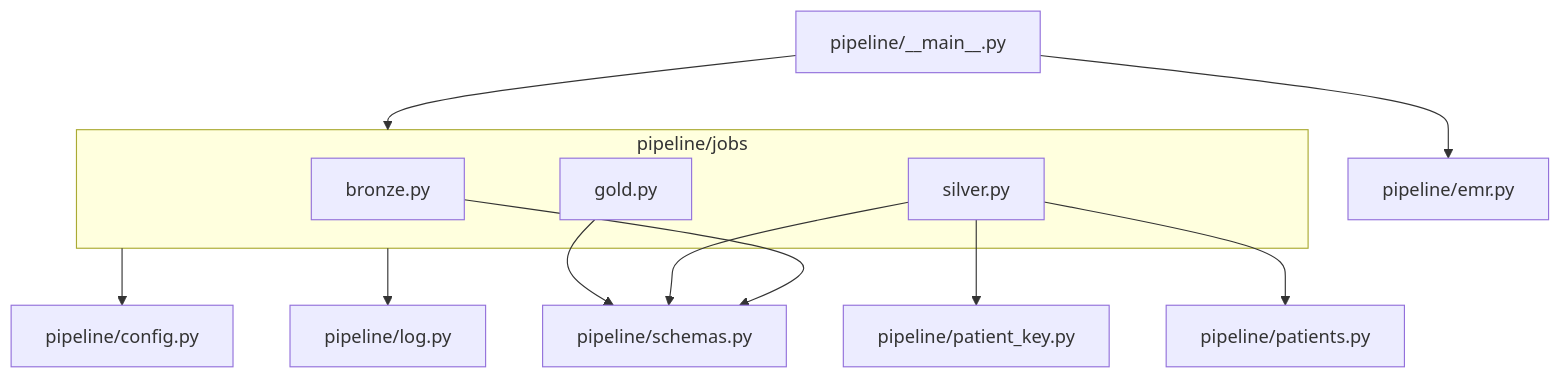
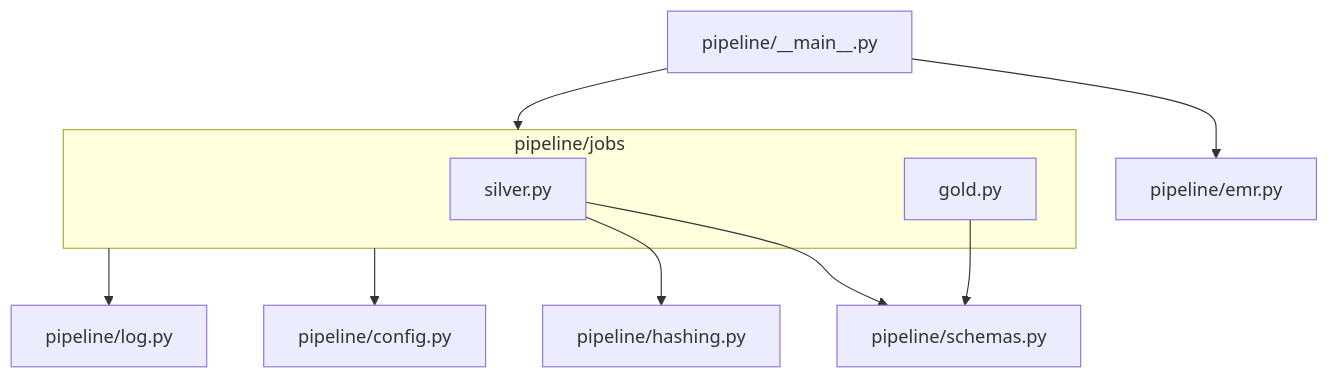
Before and after one commit to wolfeka42/regard-interview: the second of 2 diagrams in _bmad-output/planning-artifacts/architecture/architecture-interview-test-2026-10-12/ARCHITECTURE-SPINE.md, drawn with Mermaid. The commit also changed other lines of this file and 13 other files, not shown here.

````diff
--- a/_bmad-output/planning-artifacts/architecture/architecture-interview-test-2026-10-12/ARCHITECTURE-SPINE.md
+++ b/_bmad-output/planning-artifacts/architecture/architecture-interview-test-2026-10-12/ARCHITECTURE-SPINE.md
@@ -40,17 +39,14 @@
 ```mermaid
 flowchart TD
   main["pipeline/__main__.py"] --> jobs
   main --> emr[pipeline/emr.py]
   subgraph jobs [pipeline/jobs]
-    bronze[bronze.py]
     silver[silver.py]
     gold[gold.py]
   end
-  bronze --> schemas[pipeline/schemas.py]
-  silver --> schemas
+  silver --> schemas[pipeline/schemas.py]
   gold --> schemas
-  silver --> pk[pipeline/patient_key.py]
-  silver --> pt[pipeline/patients.py]
+  silver --> h[pipeline/hashing.py]
   jobs --> cfg[pipeline/config.py]
   jobs --> log[pipeline/log.py]
 ```
````
